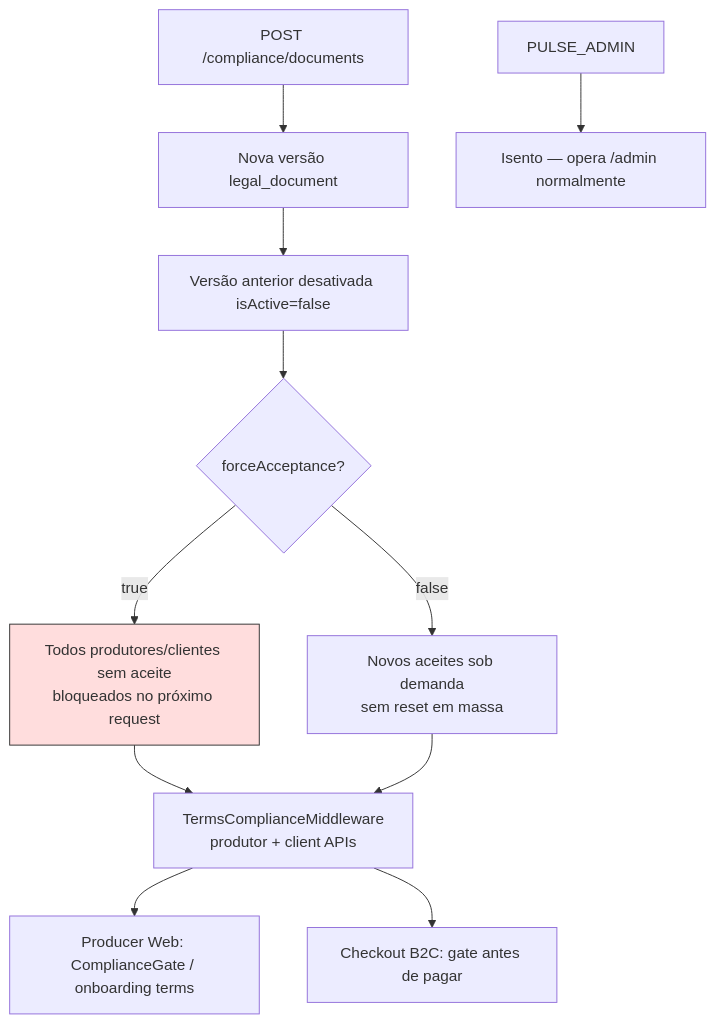
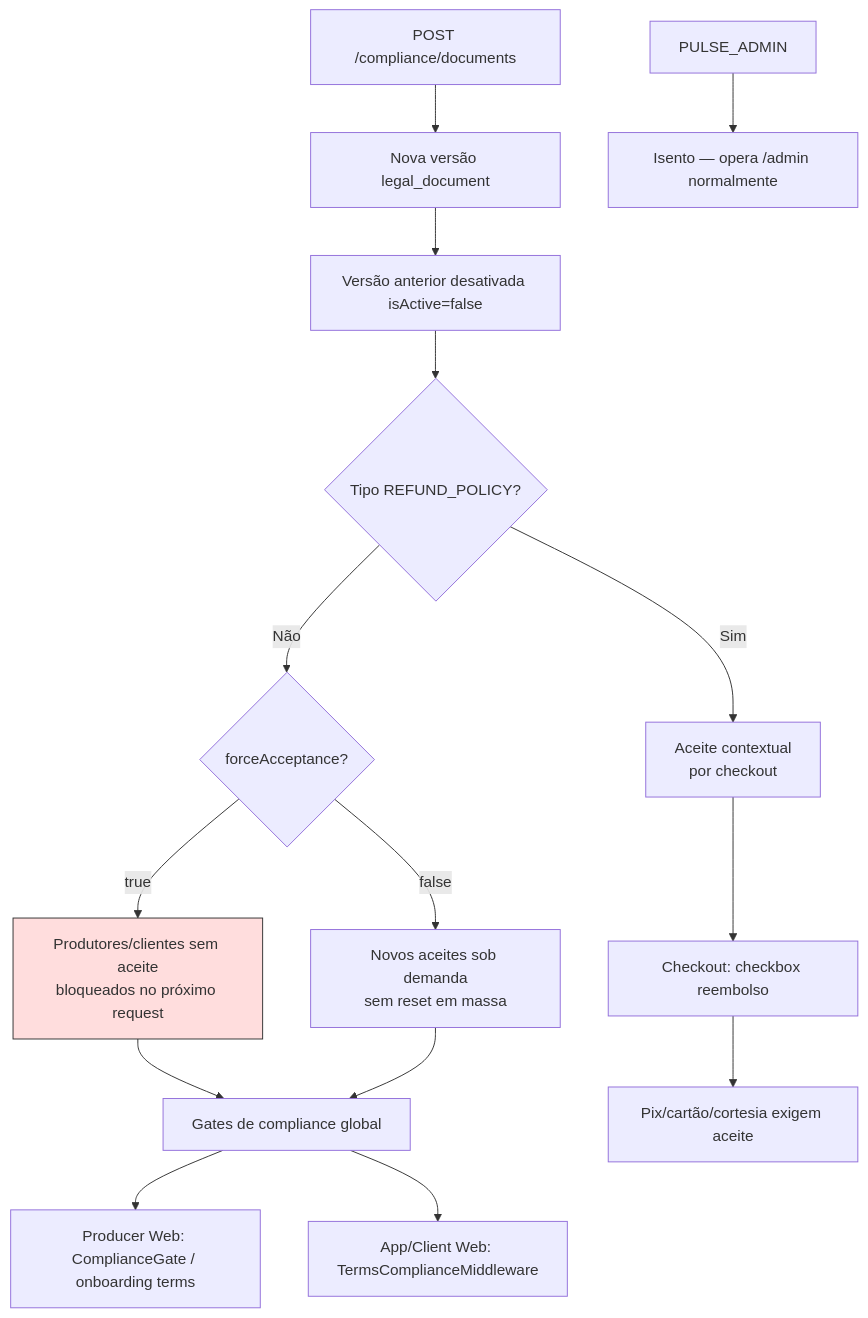
Before and after one commit to jotav-software/pulse-engineering-docs: the diagram in produto/especificacao-funcional/fluxos/admin/compliance-termos/parte-3-publicacao-e-efeitos.md, drawn with Mermaid. The commit also changed other lines of this file and 26 other files, not shown here.

````diff
--- a/produto/especificacao-funcional/fluxos/admin/compliance-termos/parte-3-publicacao-e-efeitos.md
+++ b/produto/especificacao-funcional/fluxos/admin/compliance-termos/parte-3-publicacao-e-efeitos.md
@@ -5,18 +5,22 @@
 ```mermaid
 flowchart TD
   A[POST /compliance/documents] --> B[Nova versão legal_document]
   B --> C[Versão anterior desativada isActive=false]
-  C --> D{forceAcceptance?}
-  D -->|true| E[Todos produtores/clientes sem aceite<br/>bloqueados no próximo request]
-  D -->|false| F[Novos aceites sob demanda<br/>sem reset em massa]
+  C --> D{Tipo REFUND_POLICY?}
+  D -->|Não| E{forceAcceptance?}
+  D -->|Sim| R[Aceite contextual<br/>por checkout]
+  E -->|true| F[Produtores/clientes sem aceite<br/>bloqueados no próximo request]
+  E -->|false| G[Novos aceites sob demanda<br/>sem reset em massa]
 
-  E --> G[TermsComplianceMiddleware<br/>produtor + client APIs]
-  F --> G
+  F --> H[Gates de compliance global]
+  G --> H
 
-  G --> H[Producer Web: ComplianceGate / onboarding terms]
-  G --> I[Checkout B2C: gate antes de pagar]
+  H --> I[Producer Web: ComplianceGate / onboarding terms]
+  H --> J[App/Client Web: TermsComplianceMiddleware]
+  R --> K[Checkout: checkbox reembolso]
+  K --> L[Pix/cartão/cortesia exigem aceite]
 
-  J[PULSE_ADMIN] --> K[Isento — opera /admin normalmente]
+  M[PULSE_ADMIN] --> N[Isento — opera /admin normalmente]
 
-  style E fill:#fdd,stroke:#333
+  style F fill:#fdd,stroke:#333
 ```
````
